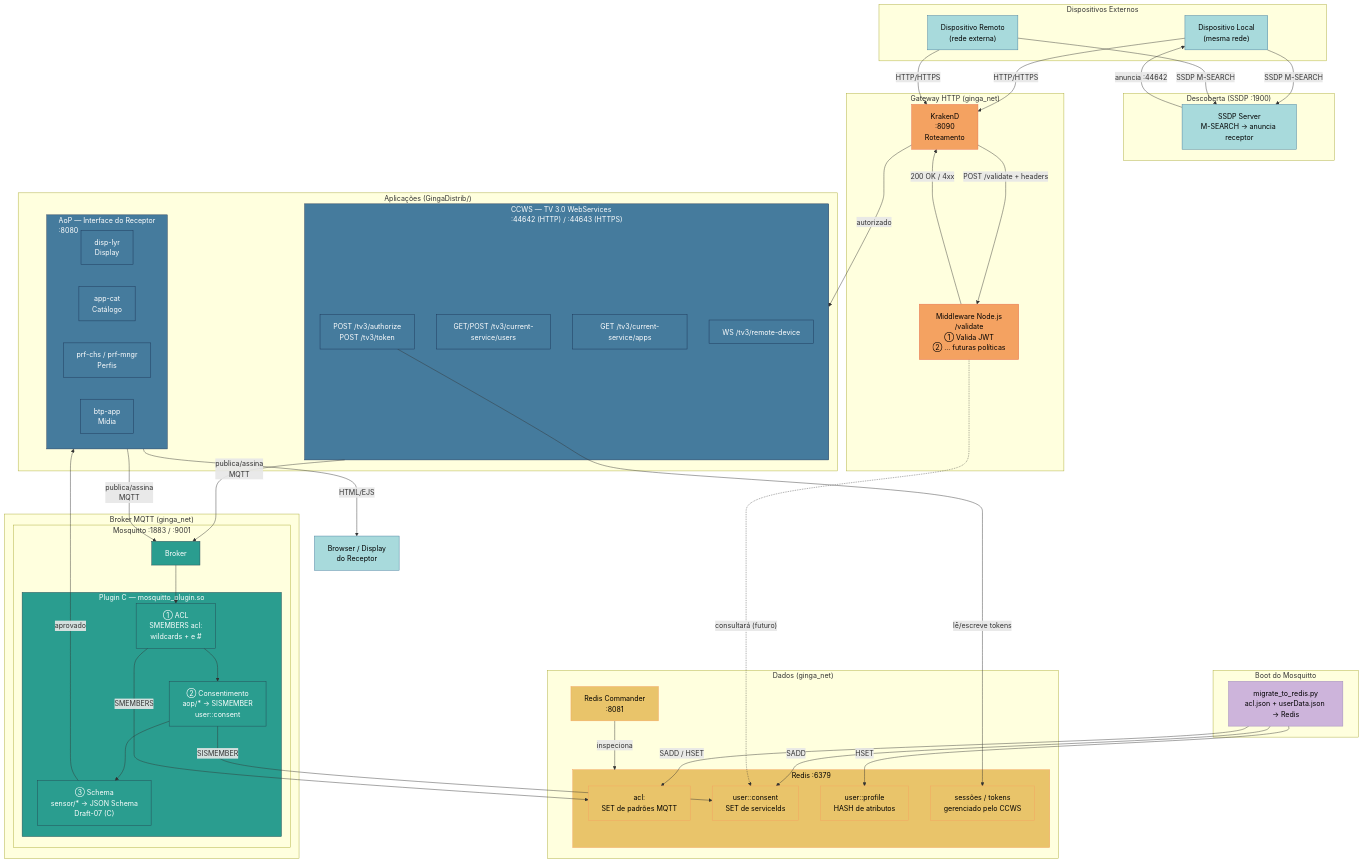
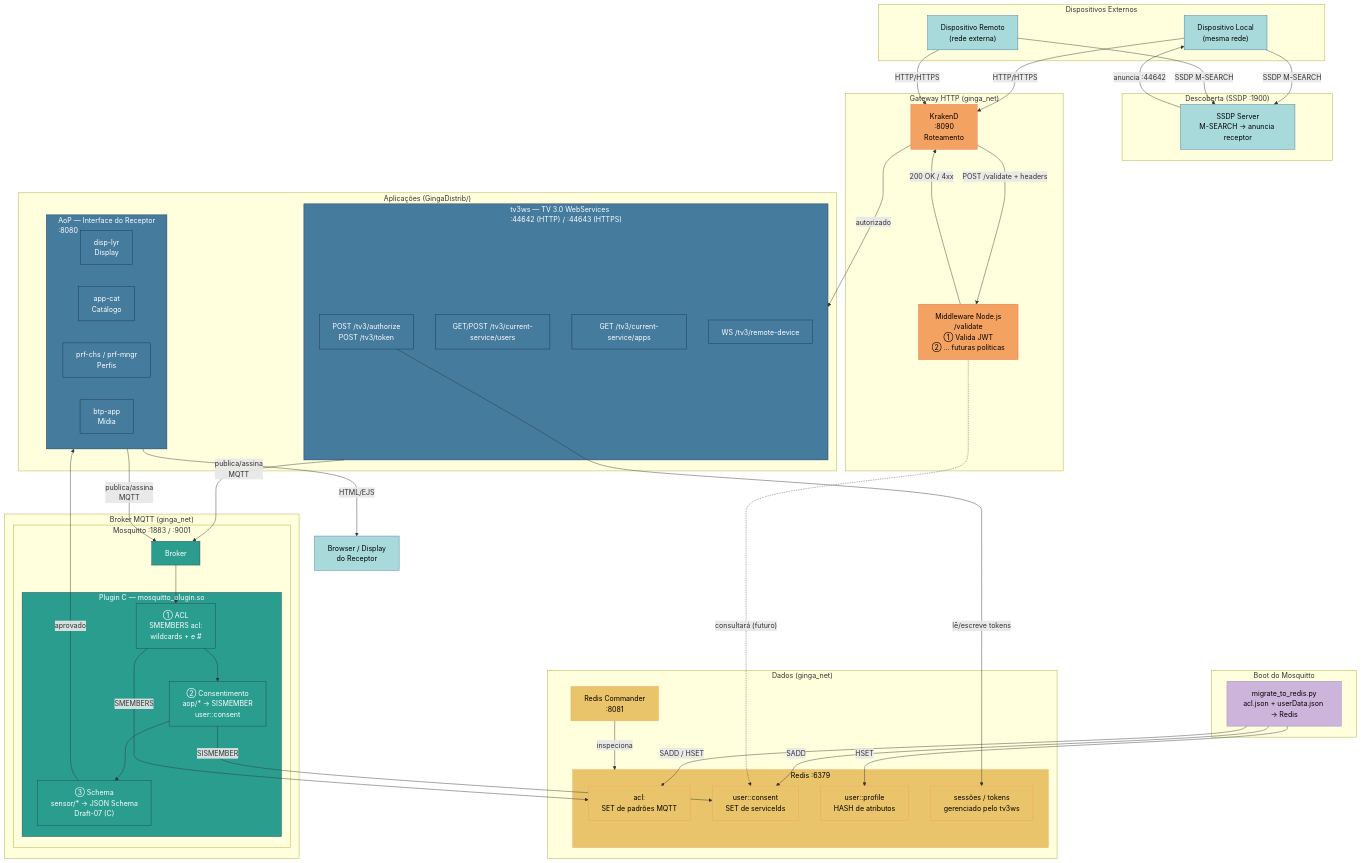
Before and after one commit to multisens/Infra: the diagram in docs/00-diagrama-unificado.md, drawn with Mermaid. The commit also changed other lines of this file and 32 other files, not shown here.

```diff
--- a/docs/00-diagrama-unificado.md
+++ b/docs/00-diagrama-unificado.md
@@ -23,7 +25,7 @@
 
     %% ── Aplicações ────────────────────────────────────────────────────────────
     subgraph APPS["Aplicações (GingaDistrib/)"]
-        subgraph CCWS_BOX["CCWS — TV 3.0 WebServices\n:44642 (HTTP) / :44643 (HTTPS)"]
+        subgraph TV3WS_BOX["tv3ws — TV 3.0 WebServices\n:44642 (HTTP) / :44643 (HTTPS)"]
             AUTH_API["POST /tv3/authorize\nPOST /tv3/token"]
             USER_API["GET/POST /tv3/current-service/users"]
             APP_API["GET /tv3/current-service/apps"]
@@ -56,7 +58,7 @@
             R_ACL["acl:<user_id>\nSET de padrões MQTT"]
             R_CON["user:<user_id>:consent\nSET de serviceIds"]
             R_PRF["user:<user_id>:profile\nHASH de atributos"]
-            R_SES["sessões / tokens\ngerenciado pelo CCWS"]
+            R_SES["sessões / tokens\ngerenciado pelo tv3ws"]
         end
         REDIS_UI["Redis Commander\n:8081"]
     end
@@ -78,13 +80,13 @@
     DEV_REMOTE -->|"HTTP/HTTPS"| KD
     KD         -->|"POST /validate + headers"| MW
     MW         -->|"200 OK / 4xx"| KD
-    KD         -->|"autorizado"| CCWS_BOX
+    KD         -->|"autorizado"| TV3WS_BOX
 
     %% ── Autenticação ──────────────────────────────────────────────────────────
     AUTH_API   -->|"lê/escreve tokens"| R_SES
 
-    %% ── CCWS → MQTT ───────────────────────────────────────────────────────────
-    CCWS_BOX   -->|"publica/assina\nMQTT"| MQ
+    %% ── tv3ws → MQTT ───────────────────────────────────────────────────────────
+    TV3WS_BOX   -->|"publica/assina\nMQTT"| MQ
 
     %% ── AoP → MQTT ────────────────────────────────────────────────────────────
     AOP_BOX    -->|"publica/assina\nMQTT"| MQ
@@ -116,7 +118,7 @@
     classDef boot     fill:#cdb4db,stroke:#9c89b8,color:#000
 
     class KD,MW gateway
-    class CCWS_BOX,AOP_BOX,AUTH_API,USER_API,APP_API,DEV_API,DISP,CAT,PRF,BTP app
+    class TV3WS_BOX,AOP_BOX,AUTH_API,USER_API,APP_API,DEV_API,DISP,CAT,PRF,BTP app
     class MQ,PLUGIN,P_ACL,P_CON,P_SCH mqtt
     class REDIS_BOX,R_ACL,R_CON,R_PRF,R_SES,REDIS_UI data
     class DEV_LOCAL,DEV_REMOTE,SSDP,BROWSER external
```
